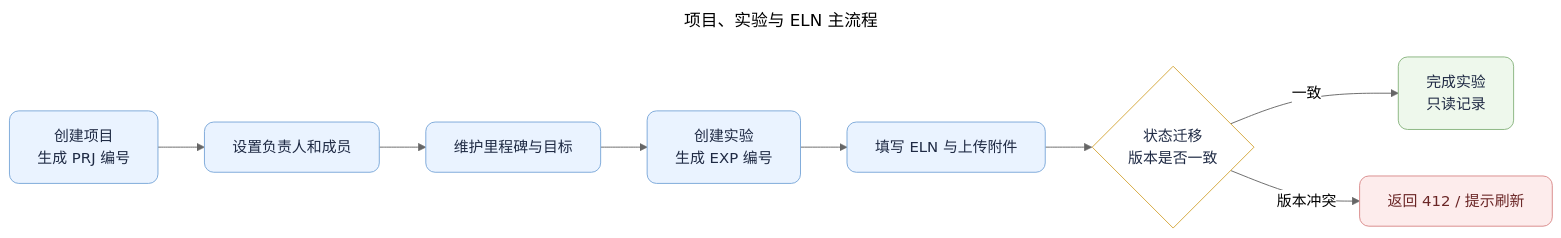
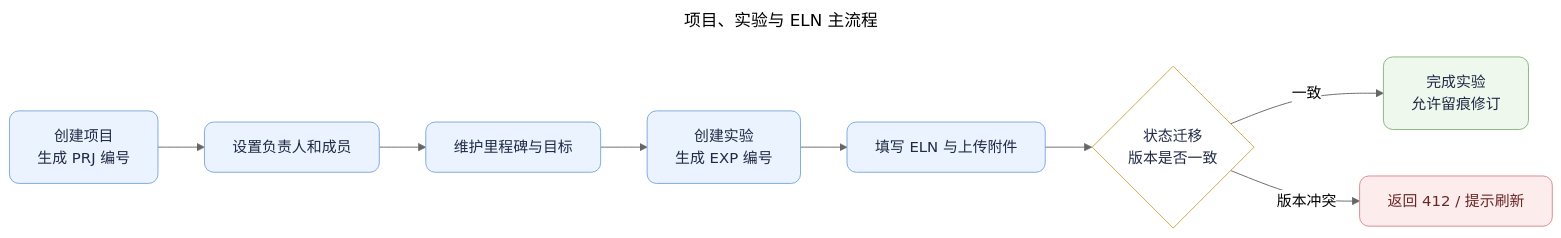
One commit to bujiuzhi/labAssistant changed the third of 4 diagrams in docs/overview-design.md. Above: the diagram before and after it, drawn with Mermaid (neutral theme). The commit also changed other lines of this file and 89 other files, not shown here.

````diff
--- a/docs/overview-design.md
+++ b/docs/overview-design.md
@@ -151,23 +147,23 @@
 ```mermaid
 ---
 title: 项目、实验与 ELN 主流程
 ---
 flowchart LR
     CreateProject["创建项目<br/>生成 PRJ 编号"]:::process
     Members["设置负责人和成员"]:::process
     Milestones["维护里程碑与目标"]:::process
     CreateExperiment["创建实验<br/>生成 EXP 编号"]:::process
     Record["填写 ELN 与上传附件"]:::process
     Transition{"状态迁移<br/>版本是否一致"}:::decision
-    Completed["完成实验<br/>只读记录"]:::success
+    Completed["完成实验<br/>允许留痕修订"]:::success
     Conflict["返回 412 / 提示刷新"]:::failure
 
     CreateProject --> Members --> Milestones --> CreateExperiment --> Record --> Transition
     Transition -->|"一致"| Completed
     Transition -->|"版本冲突"| Conflict
 
     classDef process fill:#EAF3FF,stroke:#7AA7D9,stroke-width:1px,color:#1F2A44,rx:10,ry:10;
     classDef decision fill:#FFFFFF,stroke:#D4A63A,stroke-width:1px,color:#1F2A44,rx:10,ry:10;
     classDef success fill:#EEF8EC,stroke:#88B47E,stroke-width:1px,color:#1F2A44,rx:10,ry:10;
     classDef failure fill:#FDECEC,stroke:#D98989,stroke-width:1px,color:#6A2525,rx:10,ry:10;
 ```
````
